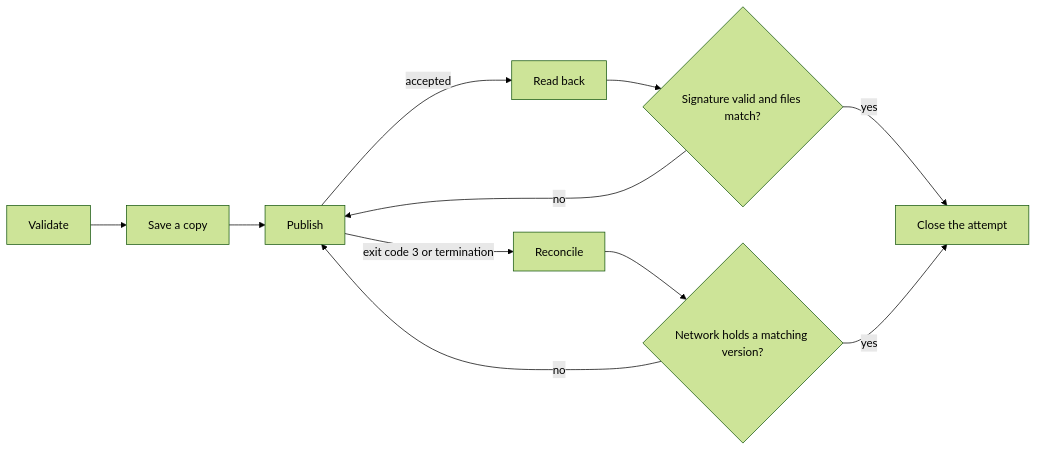
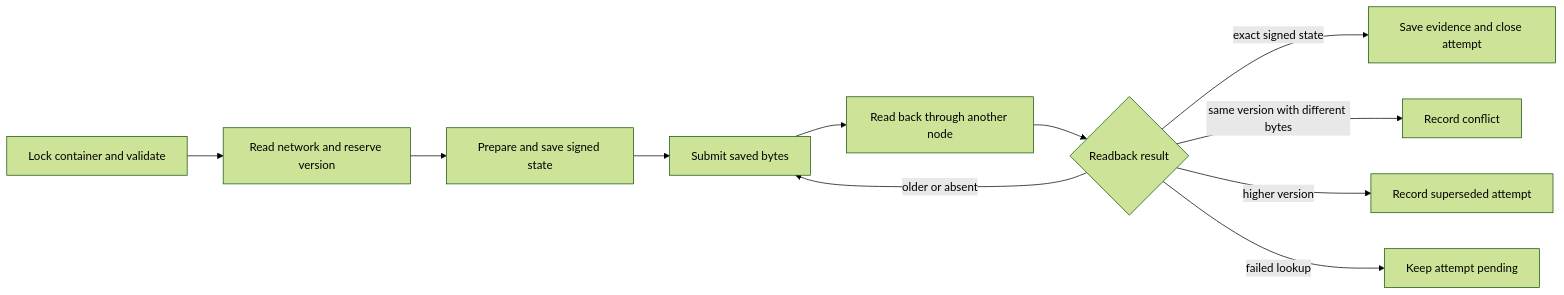
Before and after one commit to EVY-Platform/evy-freenet-plans: the diagram in 1-freenet-mobile-appkit/04-bundles.md, drawn with Mermaid (forest theme). The commit also changed other lines of this file and 49 other files, not shown here.

````diff
--- a/1-freenet-mobile-appkit/04-bundles.md
+++ b/1-freenet-mobile-appkit/04-bundles.md
@@ -107,13 +113,13 @@
 ```mermaid
 flowchart LR
-    A[Validate] --> B[Save a copy]
-    B --> C[Publish]
-    C -- accepted --> D[Read back]
-    C -- exit code 3 or termination --> E[Reconcile]
-    D --> F{Signature valid and files match?}
-    E --> G{Network holds a matching version?}
-    F -- yes --> H[Close the attempt]
-    G -- yes --> H
-    F -- no --> C
-    G -- no --> C
+    A[Lock container and validate] --> B[Read network and reserve version]
+    B --> C[Prepare and save signed state]
+    C --> D[Submit saved bytes]
+    D --> E[Read back through another node]
+    E --> F{Readback result}
+    F -- exact signed state --> G[Save evidence and close attempt]
+    F -- older or absent --> D
+    F -- same version with different bytes --> H[Record conflict]
+    F -- higher version --> I[Record superseded attempt]
+    F -- failed lookup --> J[Keep attempt pending]
 ```
````
